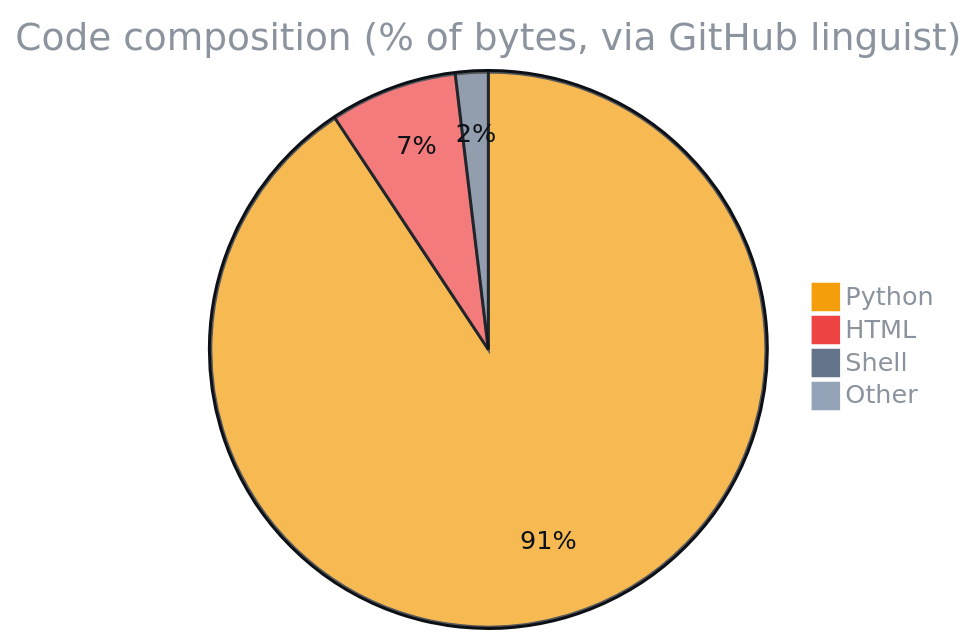
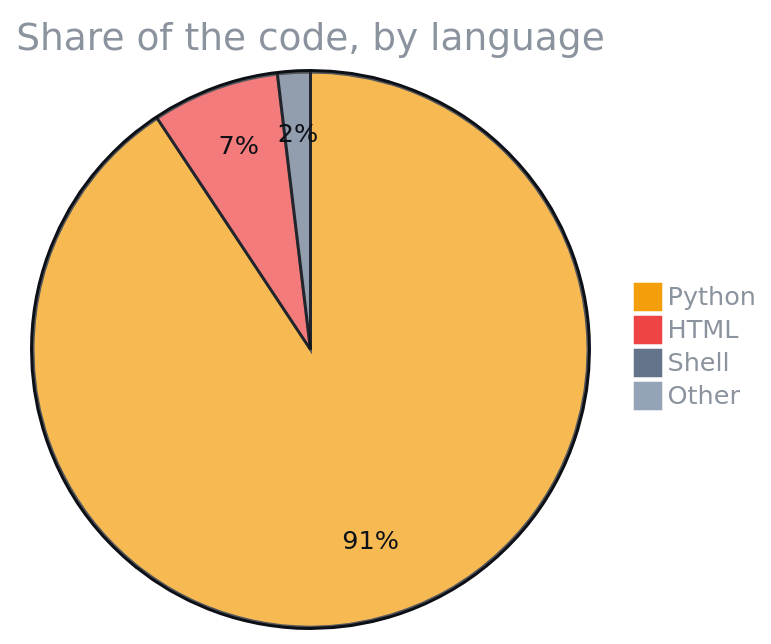
Before and after one commit to F0rger123/wholescaleos-openclaw: the third of 3 diagrams in README.md, drawn with Mermaid. The commit also changed other lines of this file and 3 other files, not shown here.

First line of the commit message:
docs: plain-English diagrams and an AI guide for pasted links [skip ci]

````diff
--- a/README.md
+++ b/README.md
@@ -66,8 +65,8 @@
 ```mermaid
 %%{init: {'theme':'base','themeVariables':{'pie1':'#f59e0b','pie2':'#ef4444','pie3':'#64748b','pie4':'#94a3b8','pie5':'#475569','pie6':'#cbd5e1','pie7':'#334155','pieStrokeColor':'#0d1117','pieOuterStrokeColor':'#0d1117','pieTitleTextColor':'#8b949e','pieLegendTextColor':'#8b949e','pieSectionTextColor':'#0d1117'}}}%%
-pie title Code composition (% of bytes, via GitHub linguist)
+pie title Share of the code, by language
     "Python" : 90.5
     "HTML" : 7.4
     "Shell" : 1.9
     "Other" : 0.1
 ```
````
